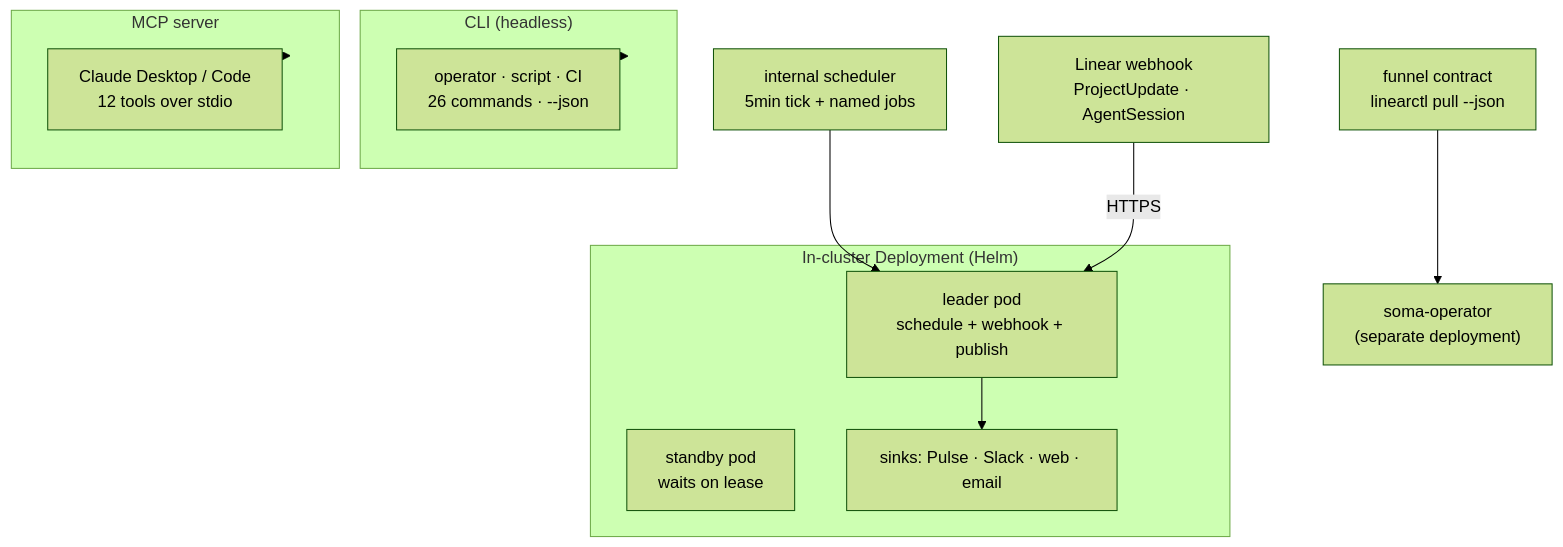
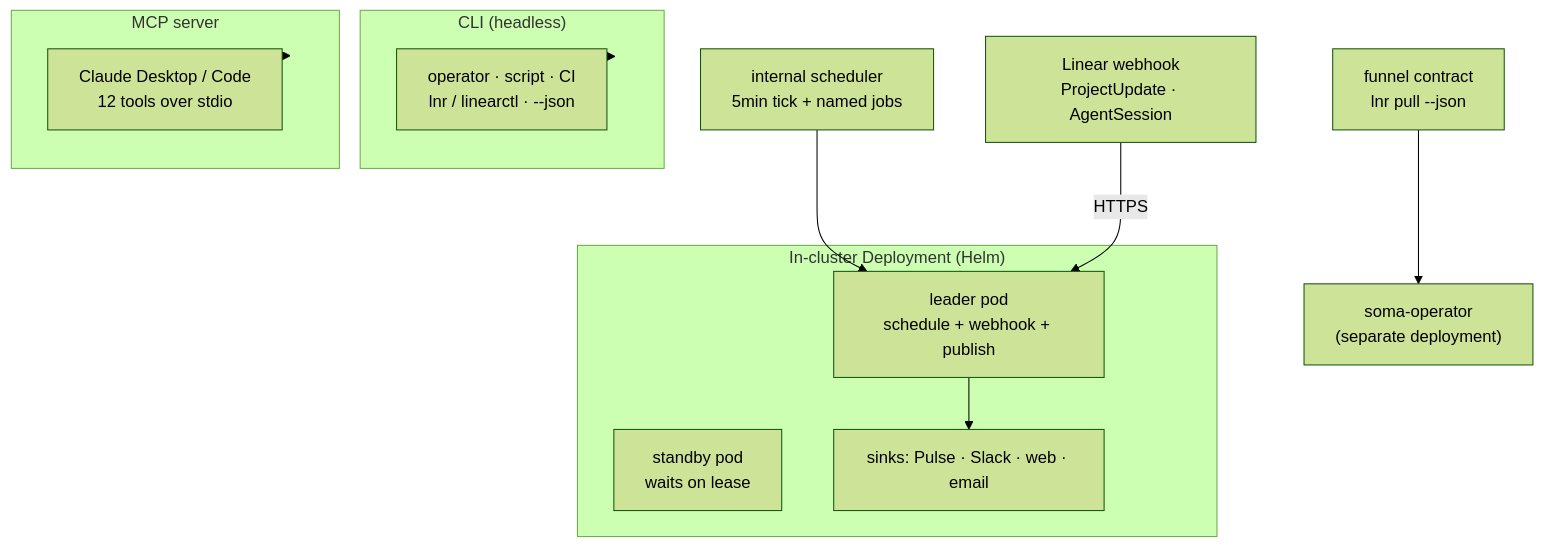
The first of 2 diagrams in README.md (cerebral-work/linearctl), drawn with Mermaid (forest theme) before and after one commit. The commit also changed other lines of this file and 45 other files, not shown here.

````diff
--- a/README.md
+++ b/README.md
@@ -43,19 +43,19 @@
 ```mermaid
 flowchart TD
   subgraph cli["CLI (headless)"]
-    DEV["operator · script · CI<br/>26 commands · --json"]
+    DEV["operator · script · CI<br/>lnr / linearctl · --json"]
   end
   subgraph mcp["MCP server"]
     CLAUDE["Claude Desktop / Code<br/>12 tools over stdio"]
   end
   subgraph cluster["In-cluster Deployment (Helm)"]
     LEADER["leader pod<br/>schedule + webhook + publish"]
     STBY["standby pod<br/>waits on lease"]
     LEADER --> SINK["sinks: Pulse · Slack · web · email"]
   end
   CRON["internal scheduler<br/>5min tick + named jobs"] --> LEADER
   WEBHOOK["Linear webhook<br/>ProjectUpdate · AgentSession"] -->|HTTPS| LEADER
-  FUNNEL["funnel contract<br/>linearctl pull --json"] --> OPERATOR["soma-operator<br/>(separate deployment)"]
+  FUNNEL["funnel contract<br/>lnr pull --json"] --> OPERATOR["soma-operator<br/>(separate deployment)"]
   DEV --> cli
   CLAUDE --> mcp
 ```
````
